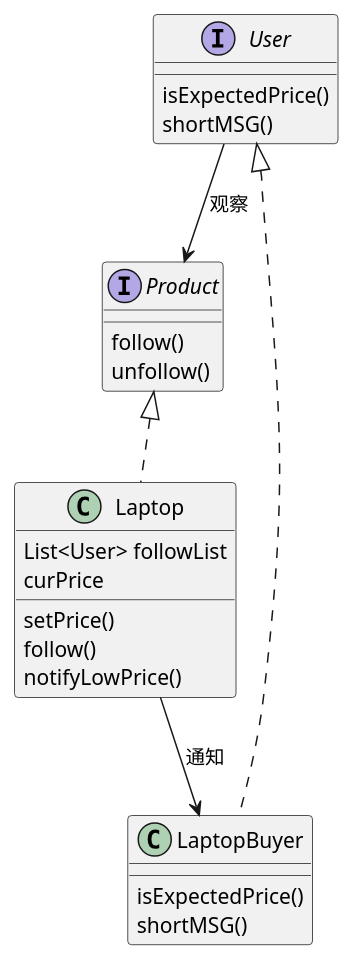
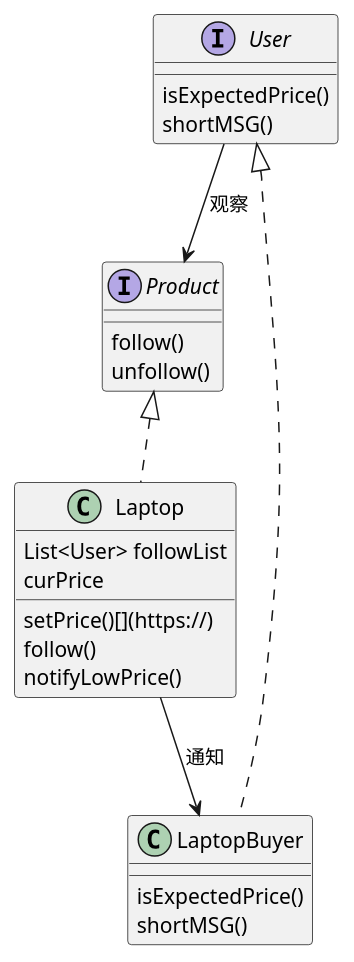
The diagram in 行为模式/观察者模式.md (feifeihappy/design-mode), drawn with PlantUML before and after one commit. The commit also changed other lines of this file, not shown here.

Commit message:
观察者模式

````diff
--- a/行为模式/观察者模式.md
+++ b/行为模式/观察者模式.md
@@ -9,33 +7,33 @@
 ```plantuml
 @startuml
 'https://plantuml.com/class-diagram
 
 interface Product{
 follow()
 unfollow()
 }
 
 interface User{
 isExpectedPrice()
 shortMSG()
 }
 
 User-->Product : 观察
 
 class Laptop implements Product{
 List<User> followList
 curPrice
-setPrice()
+setPrice()[](https://)
 follow()
 notifyLowPrice()
 
 }
 class LaptopBuyer implements User{
 isExpectedPrice()
 shortMSG()
 }
 
 Laptop-->LaptopBuyer : 通知
 'LaptopBuyer-->User : 发短信
 @enduml
 ```
````
